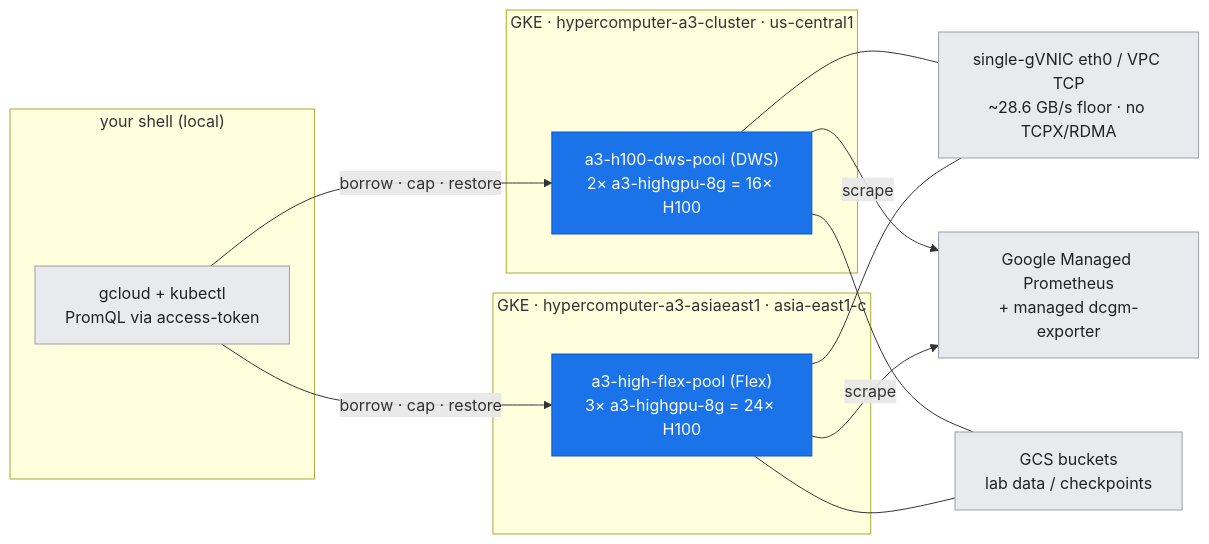
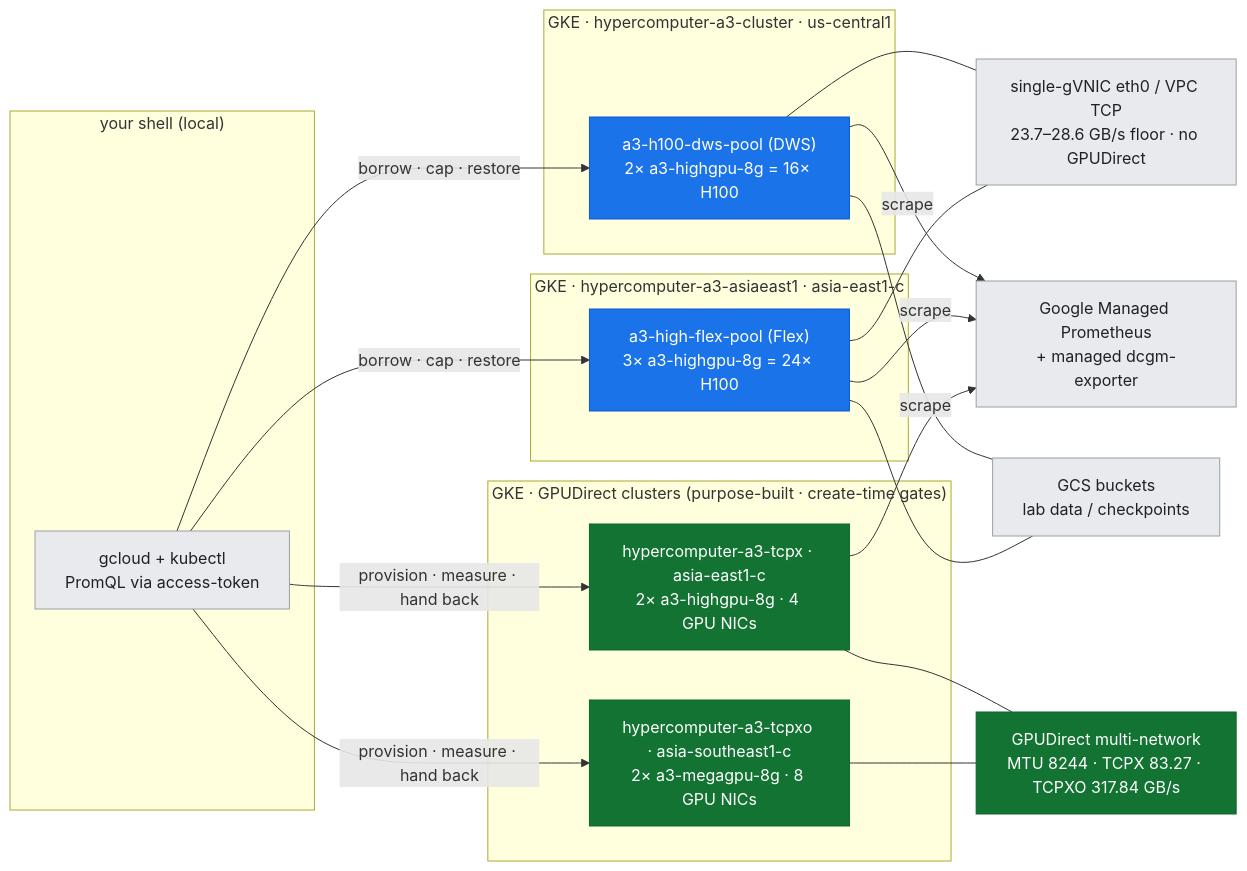
Before and after one commit to elideng-sg/hypercomputer-internode-deepdive: the second of 4 diagrams in docs/00-guide-overview.md, drawn with Mermaid. The commit also changed other lines of this file and 43 other files, not shown here.

First line of the commit message:
lab-18: measure GPUDirect-TCPX live, and correct the guide against it

````diff
--- a/docs/00-guide-overview.md
+++ b/docs/00-guide-overview.md
@@ -66,26 +66,37 @@
 ```mermaid
 flowchart LR
   subgraph LOCAL["your shell (local)"]
     CLI["gcloud + kubectl<br/>PromQL via access-token"]
   end
   subgraph C2["GKE · hypercomputer-a3-cluster · us-central1"]
     P2["a3-h100-dws-pool (DWS)<br/>2× a3-highgpu-8g = 16× H100"]
   end
   subgraph C3["GKE · hypercomputer-a3-asiaeast1 · asia-east1-c"]
     P3["a3-high-flex-pool (Flex)<br/>3× a3-highgpu-8g = 24× H100"]
   end
-  FAB["single-gVNIC eth0 / VPC TCP<br/>~28.6 GB/s floor · no TCPX/RDMA"]
+  subgraph C4["GKE · GPUDirect clusters (purpose-built · create-time gates)"]
+    P4["hypercomputer-a3-tcpx · asia-east1-c<br/>2× a3-highgpu-8g · 4 GPU NICs"]
+    P5["hypercomputer-a3-tcpxo · asia-southeast1-c<br/>2× a3-megagpu-8g · 8 GPU NICs"]
+  end
+  FAB["single-gVNIC eth0 / VPC TCP<br/>23.7–28.6 GB/s floor · no GPUDirect"]
+  FAB2["GPUDirect multi-network<br/>MTU 8244 · TCPX 83.27 · TCPXO 317.84 GB/s"]
   GMP["Google Managed Prometheus<br/>+ managed dcgm-exporter"]
   GCS["GCS buckets<br/>lab data / checkpoints"]
   CLI -->|"borrow · cap · restore"| P2
   CLI -->|"borrow · cap · restore"| P3
+  CLI -->|"provision · measure · hand back"| P4
+  CLI -->|"provision · measure · hand back"| P5
   P2 --- FAB
   P3 --- FAB
+  P4 --- FAB2
+  P5 --- FAB2
   P2 -->|"scrape"| GMP
   P3 -->|"scrape"| GMP
+  P4 -->|"scrape"| GMP
   P2 --- GCS
   P3 --- GCS
   classDef meas fill:#1a73e8,stroke:#0b57d0,color:#ffffff;
+  classDef good fill:#137333,stroke:#0d652d,color:#ffffff;
   classDef ctx fill:#e8eaed,stroke:#9aa0a6,color:#202124;
-  class P2,P3 meas; class CLI,FAB,GMP,GCS ctx;
+  class P2,P3 meas; class P4,P5,FAB2 good; class CLI,FAB,GMP,GCS ctx;
 ```
````
